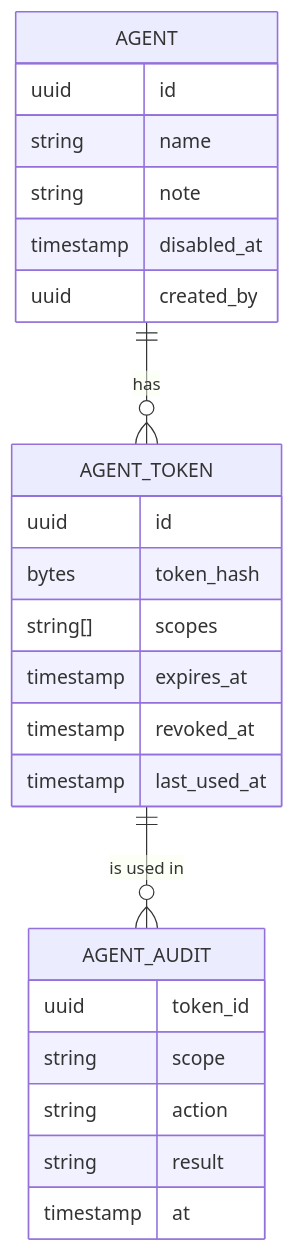
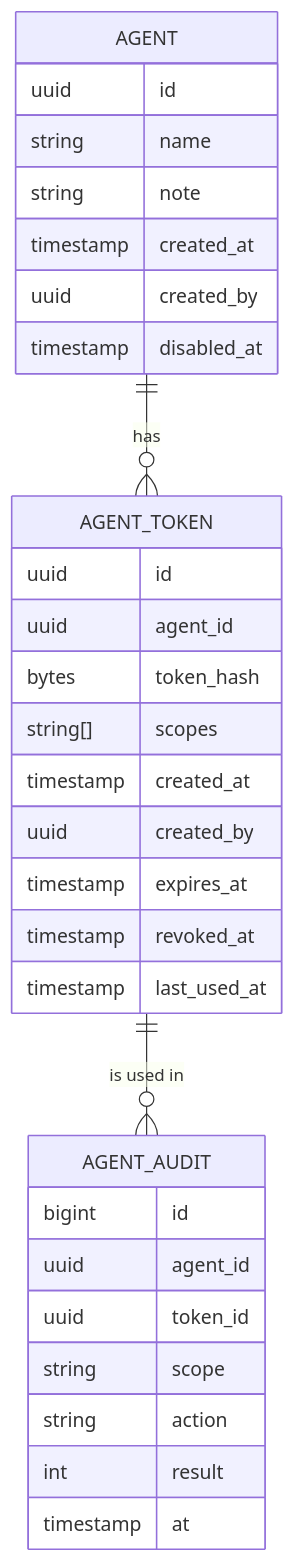
Before and after one commit to vinh466/tohe-play: the first of 2 diagrams in docs/architecture/agent-tokens.md, drawn with Mermaid. The commit also changed other lines of this file and 28 other files, not shown here.

````diff
--- a/docs/architecture/agent-tokens.md
+++ b/docs/architecture/agent-tokens.md
@@ -13,27 +17,33 @@
 ```mermaid
 erDiagram
   AGENT ||--o{ AGENT_TOKEN : has
   AGENT_TOKEN ||--o{ AGENT_AUDIT : "is used in"
   AGENT {
     uuid id
     string name
     string note
+    timestamp created_at
+    uuid created_by
     timestamp disabled_at
-    uuid created_by
   }
   AGENT_TOKEN {
     uuid id
+    uuid agent_id
     bytes token_hash
     string[] scopes
+    timestamp created_at
+    uuid created_by
     timestamp expires_at
     timestamp revoked_at
     timestamp last_used_at
   }
   AGENT_AUDIT {
+    bigint id
+    uuid agent_id
     uuid token_id
     string scope
     string action
-    string result
+    int result
     timestamp at
   }
 ```
````
